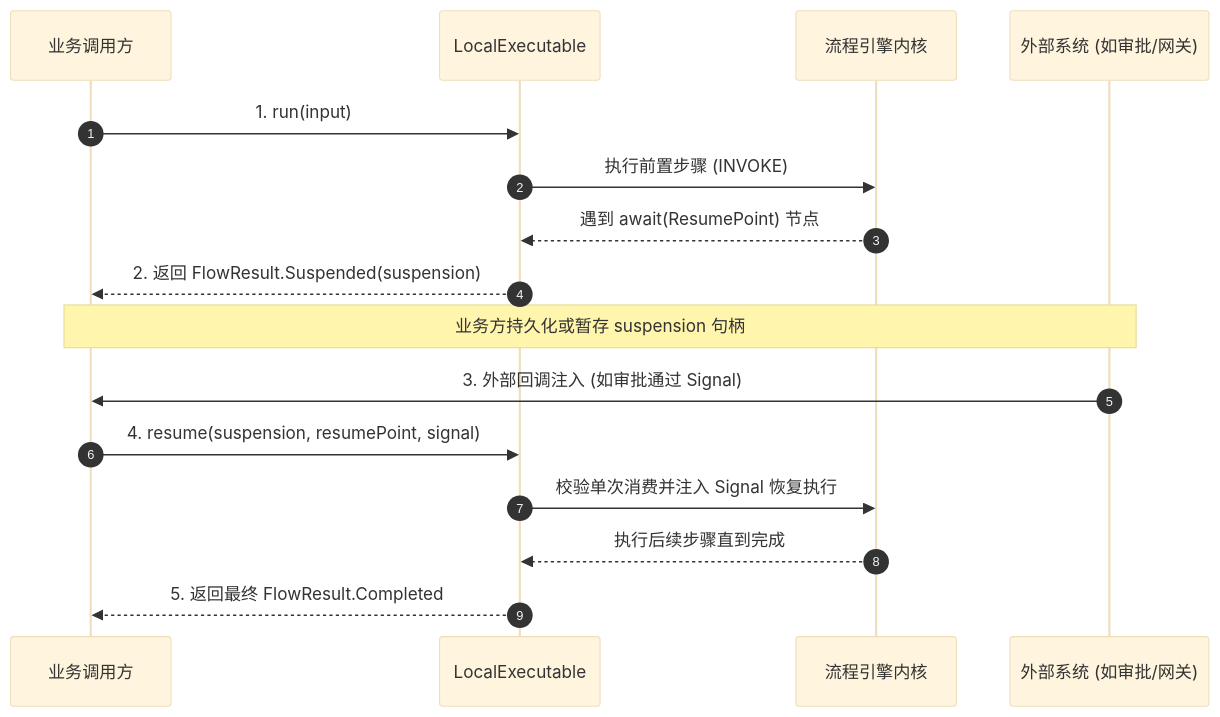
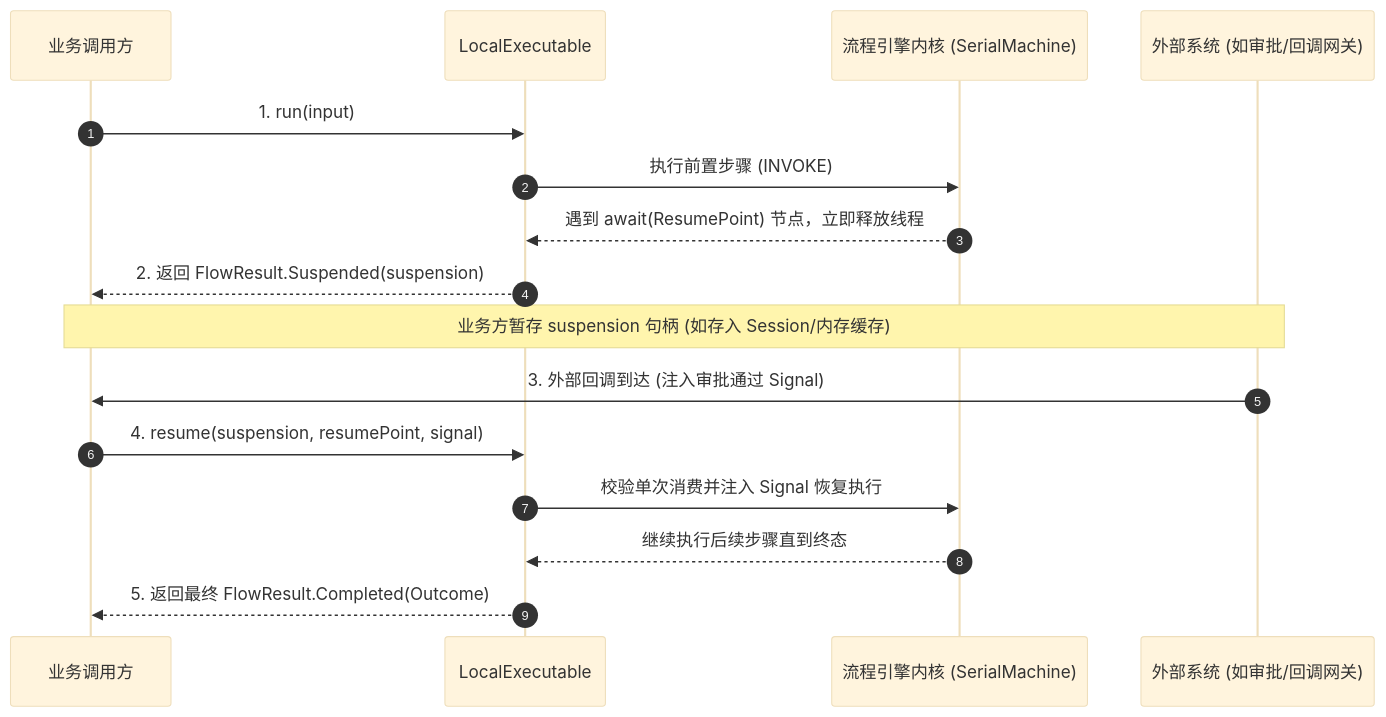
The first of 3 diagrams in docs/flow/flow-suspend.md (team4u/team4u-framework), drawn with Mermaid (base theme) before and after one commit. The commit also changed other lines of this file and 21 other files, not shown here.

Commit message:
docs(flow): deepen technical documentation across core, governance, durable, and testing

````diff
--- a/docs/flow/flow-suspend.md
+++ b/docs/flow/flow-suspend.md
@@ -11,21 +11,21 @@
 ```mermaid
 sequenceDiagram
     autonumber
     participant App as 业务调用方
     participant Exec as LocalExecutable
-    participant Flow as 流程引擎内核
-    participant Ext as 外部系统 (如审批/网关)
+    participant Flow as 流程引擎内核 (SerialMachine)
+    participant Ext as 外部系统 (如审批/回调网关)
 
     App->>Exec: 1. run(input)
     Exec->>Flow: 执行前置步骤 (INVOKE)
-    Flow-->>Exec: 遇到 await(ResumePoint) 节点
+    Flow-->>Exec: 遇到 await(ResumePoint) 节点，立即释放线程
     Exec-->>App: 2. 返回 FlowResult.Suspended(suspension)
     
-    Note over App, Ext: 业务方持久化或暂存 suspension 句柄
+    Note over App, Ext: 业务方暂存 suspension 句柄 (如存入 Session/内存缓存)
 
-    Ext->>App: 3. 外部回调注入 (如审批通过 Signal)
+    Ext->>App: 3. 外部回调到达 (注入审批通过 Signal)
     App->>Exec: 4. resume(suspension, resumePoint, signal)
     Exec->>Flow: 校验单次消费并注入 Signal 恢复执行
-    Flow-->>Exec: 执行后续步骤直到完成
-    Exec-->>App: 5. 返回最终 FlowResult.Completed
+    Flow-->>Exec: 继续执行后续步骤直到终态
+    Exec-->>App: 5. 返回最终 FlowResult.Completed(Outcome)
 ```
````
